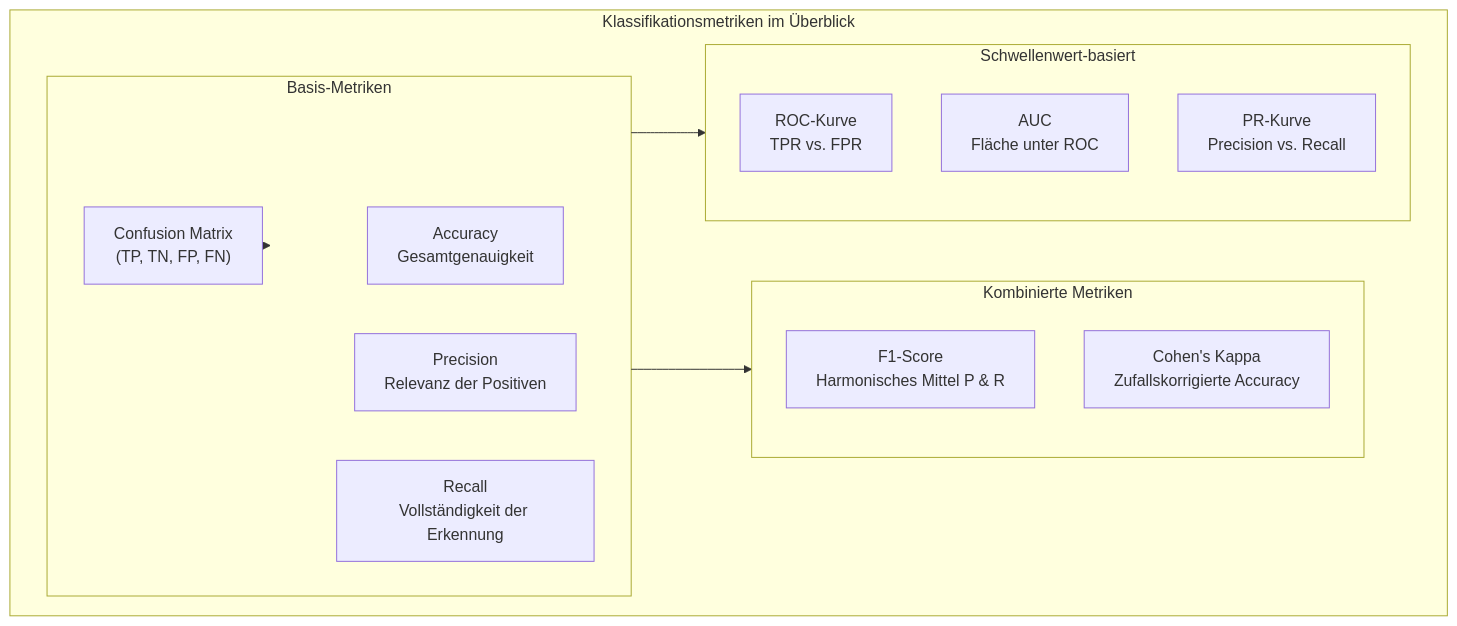
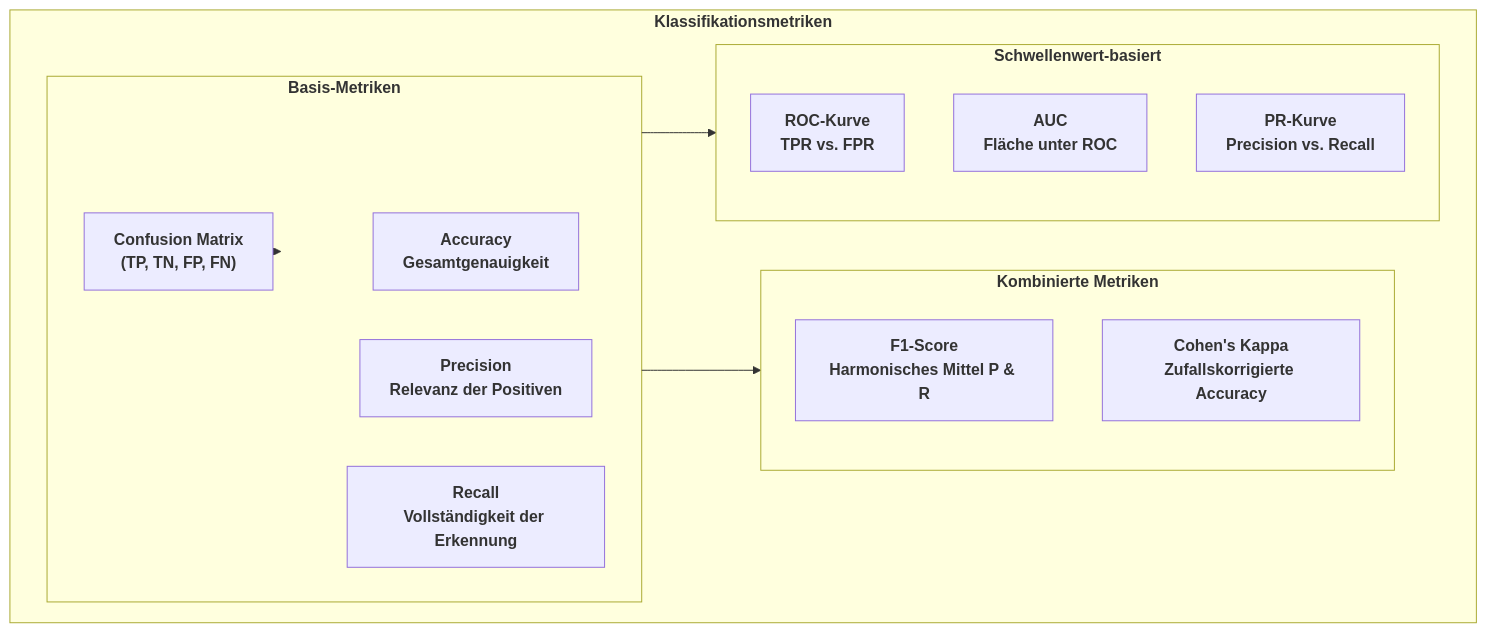
One commit to ralf-42/ML_Intro changed the eighth of 8 diagrams in docs/concepts/evaluate/bewertung_klassifizierung.md. Above: the diagram before and after it, drawn with Mermaid. The commit also changed other lines of this file, not shown here.

````diff
--- a/docs/concepts/evaluate/bewertung_klassifizierung.md
+++ b/docs/concepts/evaluate/bewertung_klassifizierung.md
@@ -595,26 +595,26 @@
 ```mermaid
 flowchart TB
-    subgraph overview["Klassifikationsmetriken im Überblick"]
-        subgraph basic["Basis-Metriken"]
-            CM["Confusion Matrix<br/>(TP, TN, FP, FN)"]
-            ACC["Accuracy<br/>Gesamtgenauigkeit"]
-            PRE["Precision<br/>Relevanz der Positiven"]
-            REC["Recall<br/>Vollständigkeit der Erkennung"]
+    subgraph overview["<b>Klassifikationsmetriken"]
+        subgraph basic["<b>Basis-Metriken"]
+            CM["<b>Confusion Matrix<br/>(TP, TN, FP, FN)"]
+            ACC["<b>Accuracy<br/>Gesamtgenauigkeit"]
+            PRE["<b>Precision<br/>Relevanz der Positiven"]
+            REC["<b>Recall<br/>Vollständigkeit der Erkennung"]
         end
         
-        subgraph combined["Kombinierte Metriken"]
-            F1["F1-Score<br/>Harmonisches Mittel P & R"]
-            KAP["Cohen's Kappa<br/>Zufallskorrigierte Accuracy"]
+        subgraph combined["<b>Kombinierte Metriken"]
+            F1["<b>F1-Score<br/>Harmonisches Mittel P & R"]
+            KAP["<b>Cohen's Kappa<br/>Zufallskorrigierte Accuracy"]
         end
         
-        subgraph threshold["Schwellenwert-basiert"]
-            ROC["ROC-Kurve<br/>TPR vs. FPR"]
-            AUC["AUC<br/>Fläche unter ROC"]
-            PRC["PR-Kurve<br/>Precision vs. Recall"]
+        subgraph threshold["<b>Schwellenwert-basiert"]
+            ROC["<b>ROC-Kurve<br/>TPR vs. FPR"]
+            AUC["<b>AUC<br/>Fläche unter ROC"]
+            PRC["<b>PR-Kurve<br/>Precision vs. Recall"]
         end
         
         CM --> basic
         basic --> combined
         basic --> threshold
     end
 ```
````
